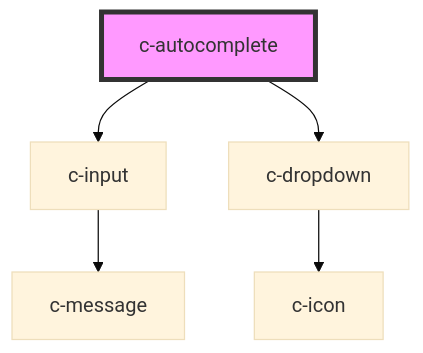
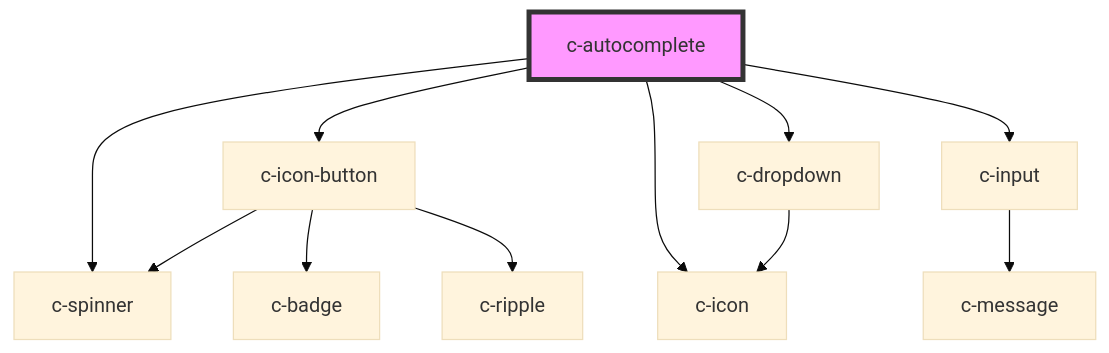
One commit to CSCfi/ui changed the diagram in packages/csc-ui/src/components/c-autocomplete/readme.md. Above: the diagram before and after it, drawn with Mermaid (base theme). The commit also changed other lines of this file and 81 other files, not shown here.

````diff
--- a/packages/csc-ui/src/components/c-autocomplete/readme.md
+++ b/packages/csc-ui/src/components/c-autocomplete/readme.md
@@ -126,8 +77,14 @@
 ```mermaid
 graph TD;
+  c-autocomplete --> c-spinner
+  c-autocomplete --> c-icon-button
+  c-autocomplete --> c-icon
+  c-autocomplete --> c-dropdown
   c-autocomplete --> c-input
-  c-autocomplete --> c-dropdown
+  c-icon-button --> c-badge
+  c-icon-button --> c-spinner
+  c-icon-button --> c-ripple
+  c-dropdown --> c-icon
   c-input --> c-message
-  c-dropdown --> c-icon
   style c-autocomplete fill:#f9f,stroke:#333,stroke-width:4px
 ```
````
